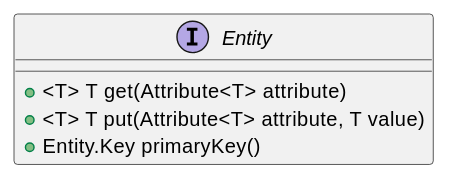
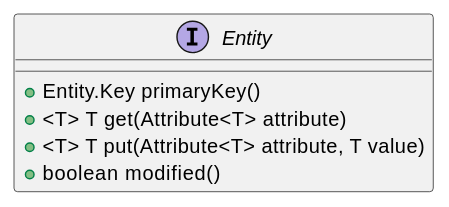
One commit to codion-is/codion changed the second of 2 diagrams in documentation/src/docs/asciidoc/manual/framework-domain-model.adoc. Above: the diagram before and after it, drawn with PlantUML. The commit also changed other lines of this file and 33 other files, not shown here.

```diff
--- a/documentation/src/docs/asciidoc/manual/framework-domain-model.adoc
+++ b/documentation/src/docs/asciidoc/manual/framework-domain-model.adoc
@@ -60,9 +60,10 @@
 [plantuml,entity-diagram,svg,align=center]
 -------------------------------------------
 
 interface Entity {
+    +Entity.Key primaryKey()
     +<T> T get(Attribute<T> attribute)
     +<T> T put(Attribute<T> attribute, T value)
-    +Entity.Key primaryKey()
+    +boolean modified()
 }
 -------------------------------------------
```
